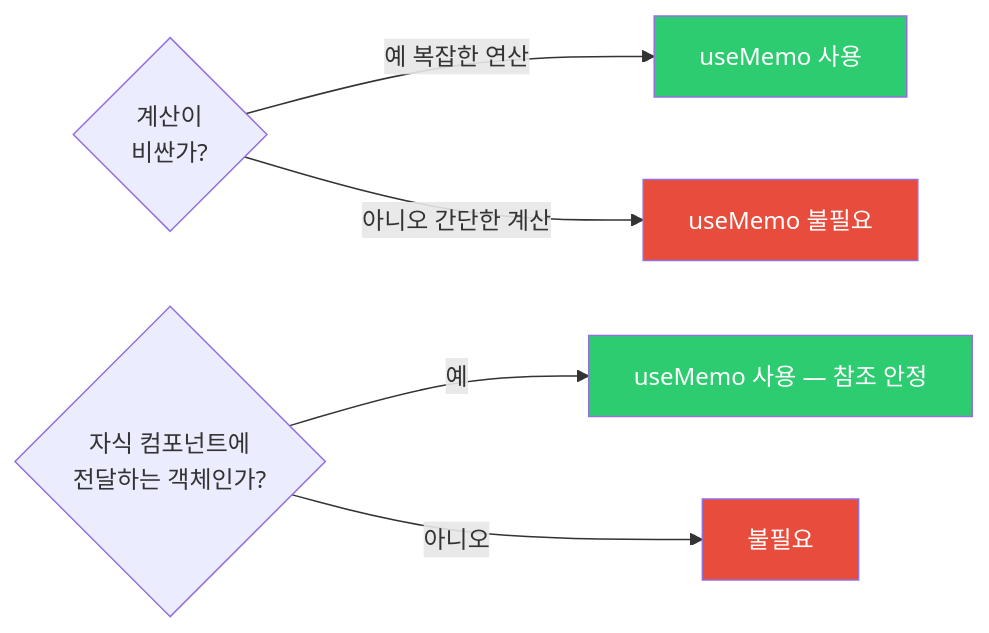
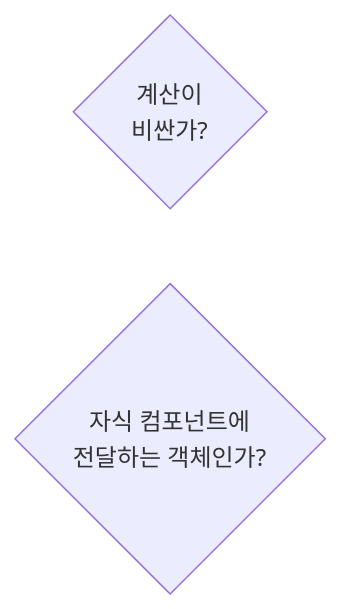
One commit to yjkim2015/yjkim2015.github.io changed the first of 3 diagrams in _posts/frontend/2026-05-02-react-hooks.md. Above: the diagram before and after it, drawn with Mermaid. The commit also changed other lines of this file and 132 other files, not shown here.

First line of the commit message:
Mermaid 다이어그램 가독성 정리: 단순 제거, 노드 축소, TD→LR 변환

````diff
--- a/_posts/frontend/2026-05-02-react-hooks.md
+++ b/_posts/frontend/2026-05-02-react-hooks.md
@@ -180,13 +163,5 @@
 ```mermaid
 flowchart LR
     A{"계산이<br>비싼가?"}
-    A -->|"예 복잡한 연산"| B["useMemo 사용"]
-    A -->|"아니오 간단한 계산"| C["useMemo 불필요"]
     D{"자식 컴포넌트에<br>전달하는 객체인가?"}
-    D -->|"예"| E["useMemo 사용 — 참조 안정"]
-    D -->|"아니오"| F["불필요"]
-    style B fill:#2ecc71,color:#fff
-    style C fill:#e74c3c,color:#fff
-    style E fill:#2ecc71,color:#fff
-    style F fill:#e74c3c,color:#fff
 ```
````
